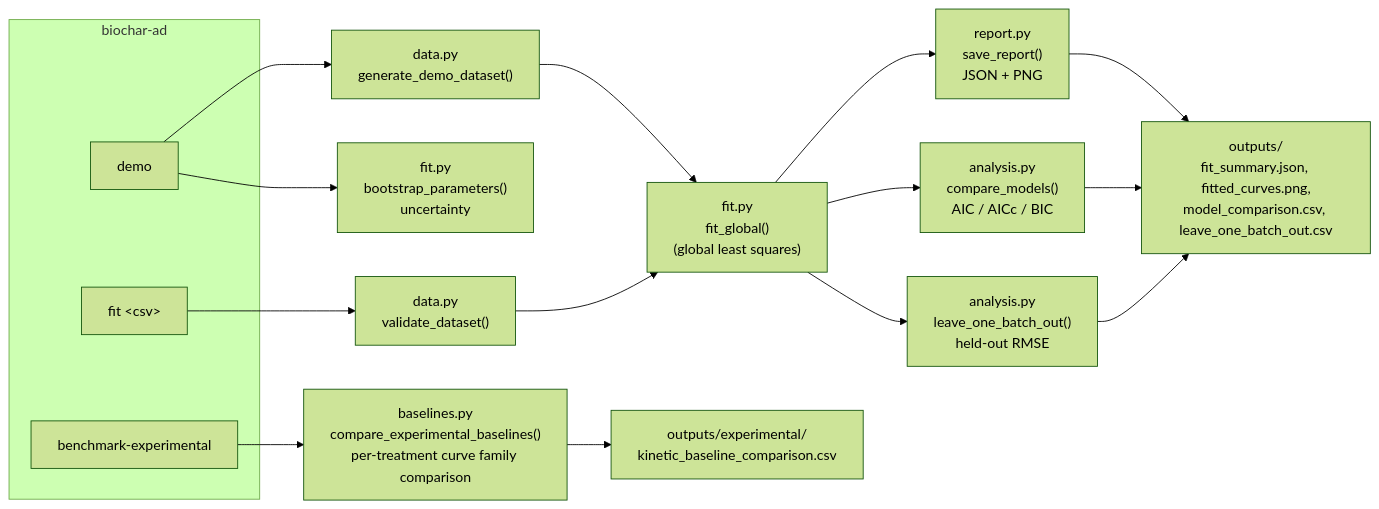
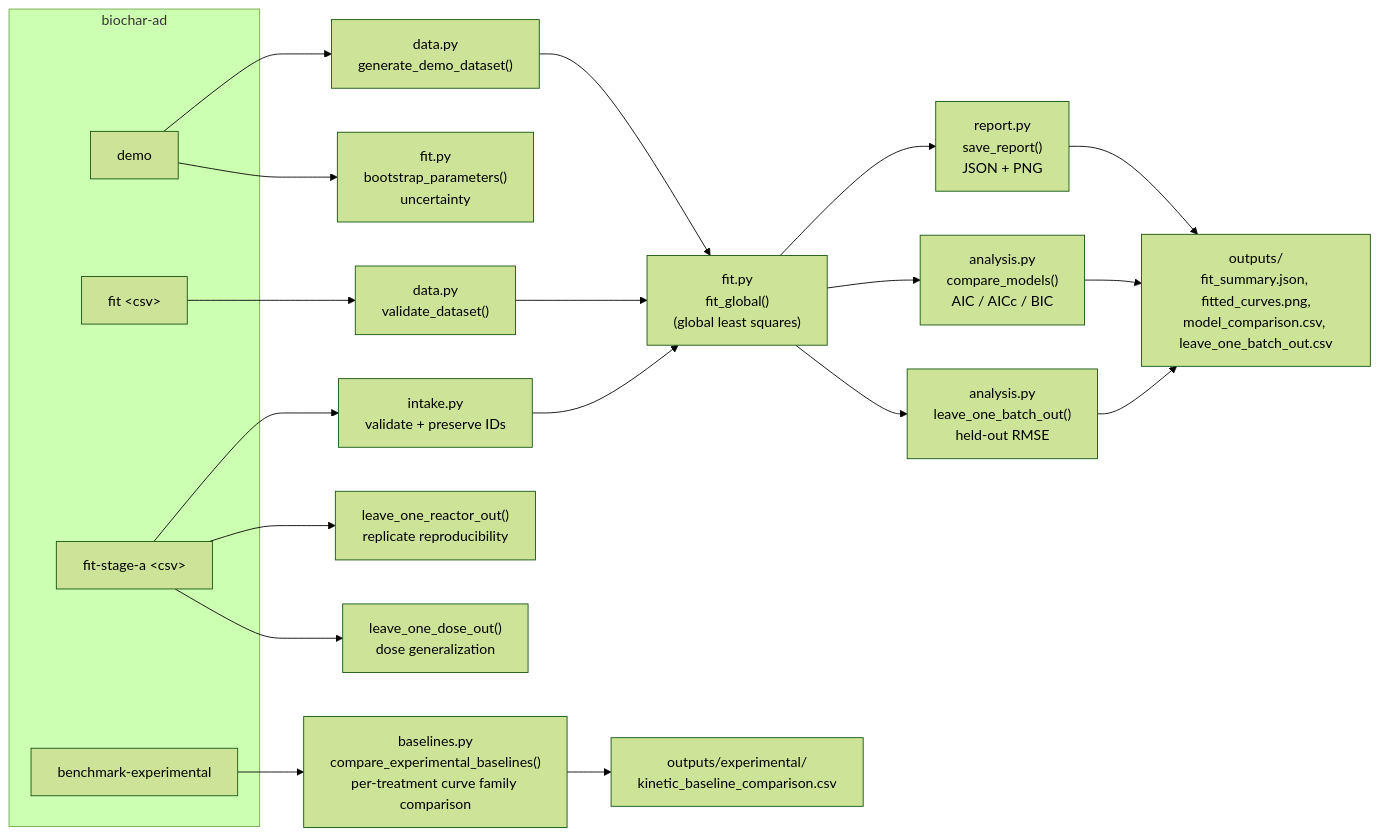
The diagram in docs/ARCHITECTURE.md (thisisnikan/Biochar-AD-Kinetics), drawn with Mermaid (forest theme) before and after one commit. The commit also changed other lines of this file and 12 other files, not shown here.

Commit message:
fix: separate reactor and dose validation

````diff
--- a/docs/ARCHITECTURE.md
+++ b/docs/ARCHITECTURE.md
@@ -80,25 +84,30 @@
 ```mermaid
 flowchart LR
     subgraph CLI["biochar-ad <command>"]
         demo["demo"]
         fit["fit &lt;csv&gt;"]
+        stage["fit-stage-a &lt;csv&gt;"]
         bench["benchmark-experimental"]
     end
 
     demo --> gen["data.py<br/>generate_demo_dataset()"]
     gen --> pipeline
     fit --> validate["data.py<br/>validate_dataset()"]
     validate --> pipeline
+    stage --> intake["intake.py<br/>validate + preserve IDs"]
+    intake --> pipeline
 
     pipeline["fit.py<br/>fit_global()<br/>(global least squares)"] --> report["report.py<br/>save_report()<br/>JSON + PNG"]
     pipeline --> compare["analysis.py<br/>compare_models()<br/>AIC / AICc / BIC"]
     pipeline --> lobo["analysis.py<br/>leave_one_batch_out()<br/>held-out RMSE"]
+    stage --> reactor["leave_one_reactor_out()<br/>replicate reproducibility"]
+    stage --> dose["leave_one_dose_out()<br/>dose generalization"]
     demo --> boot["fit.py<br/>bootstrap_parameters()<br/>uncertainty"]
 
     bench --> baselines["baselines.py<br/>compare_experimental_baselines()<br/>per-treatment curve family comparison"]
     baselines --> out2["outputs/experimental/<br/>kinetic_baseline_comparison.csv"]
 
     report --> out1["outputs/<br/>fit_summary.json, fitted_curves.png,<br/>model_comparison.csv, leave_one_batch_out.csv"]
     compare --> out1
     lobo --> out1
 ```
````
